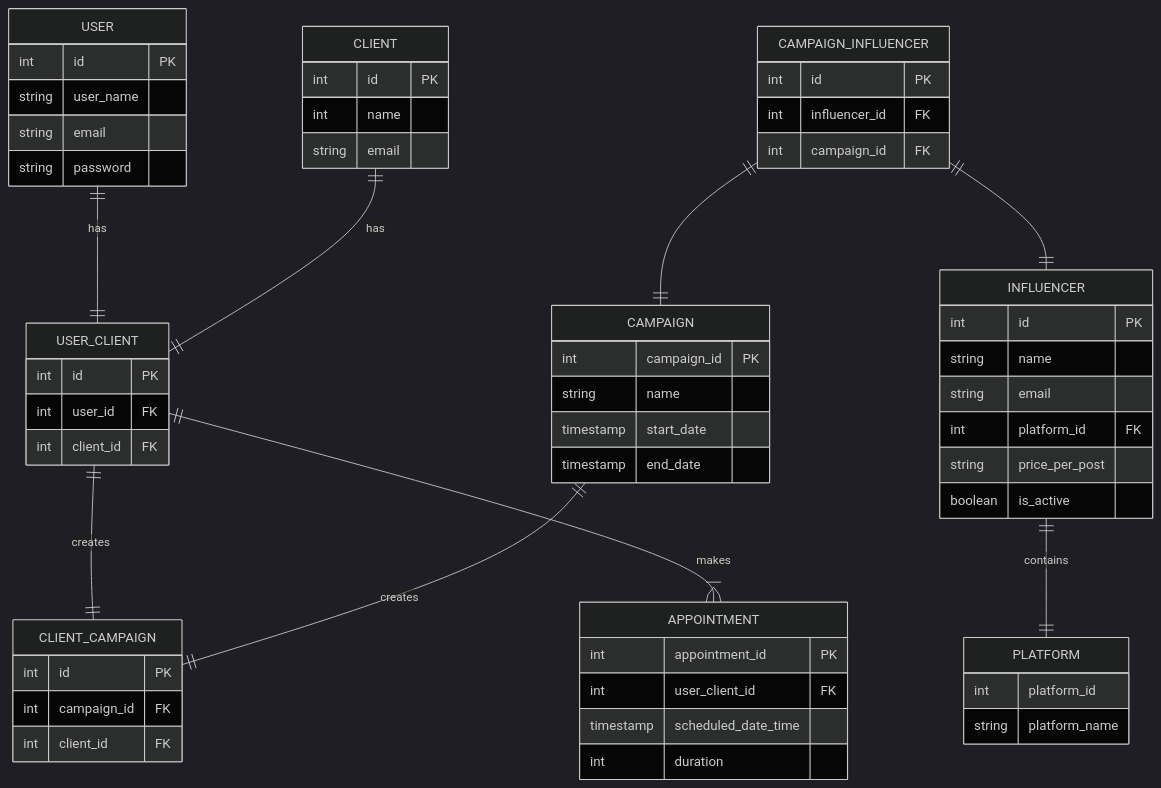
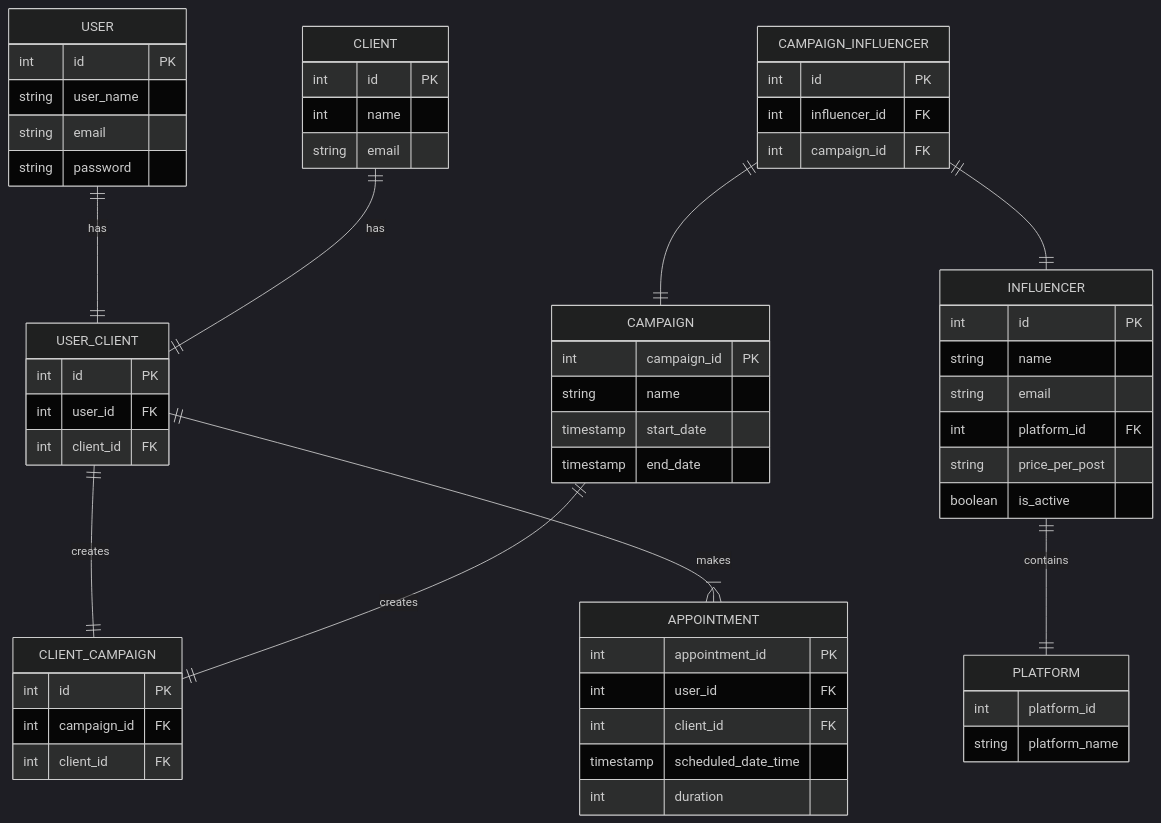
Before and after one commit to ConorPMullan/swim-marketing: the second of 2 diagrams in README.md, drawn with Mermaid.

````diff
--- a/README.md
+++ b/README.md
@@ -52,64 +52,65 @@
 ```mermaid
 %%{init: {'theme': 'dark' } }%%
 
 erDiagram
     USER {
         int id PK
         string user_name
         string email
         string password
     }
     USER_CLIENT {
         int id PK
         int user_id FK
         int client_id FK
     }
     CLIENT {
         int id PK
         int name
         string email
     }
     CLIENT_CAMPAIGN {
         int id PK
         int campaign_id FK
         int client_id FK
     }
     CAMPAIGN {
         int campaign_id PK
         string name
         timestamp start_date
         timestamp end_date
     }
     CAMPAIGN_INFLUENCER {
         int id PK
         int influencer_id FK
         int campaign_id FK
     }
     INFLUENCER {
         int id PK
         string name
         string email
         int platform_id FK
         string price_per_post
         boolean is_active
     }
     PLATFORM {
         int platform_id
         string platform_name
     }
     APPOINTMENT {
         int appointment_id PK
-        int user_client_id FK
+        int user_id FK
+        int client_id FK
         timestamp scheduled_date_time
         int duration
     }
     USER ||--|| USER_CLIENT: "has"
     CLIENT ||--|| USER_CLIENT: "has"
     USER_CLIENT ||--|| CLIENT_CAMPAIGN : "creates"
     CAMPAIGN ||--|| CLIENT_CAMPAIGN : "creates"
     USER_CLIENT ||--|{ APPOINTMENT : "makes"
     CAMPAIGN_INFLUENCER ||--|| CAMPAIGN : ""
     CAMPAIGN_INFLUENCER ||--|| INFLUENCER : ""
     INFLUENCER ||--|| PLATFORM : "contains"
 
 ```
````
